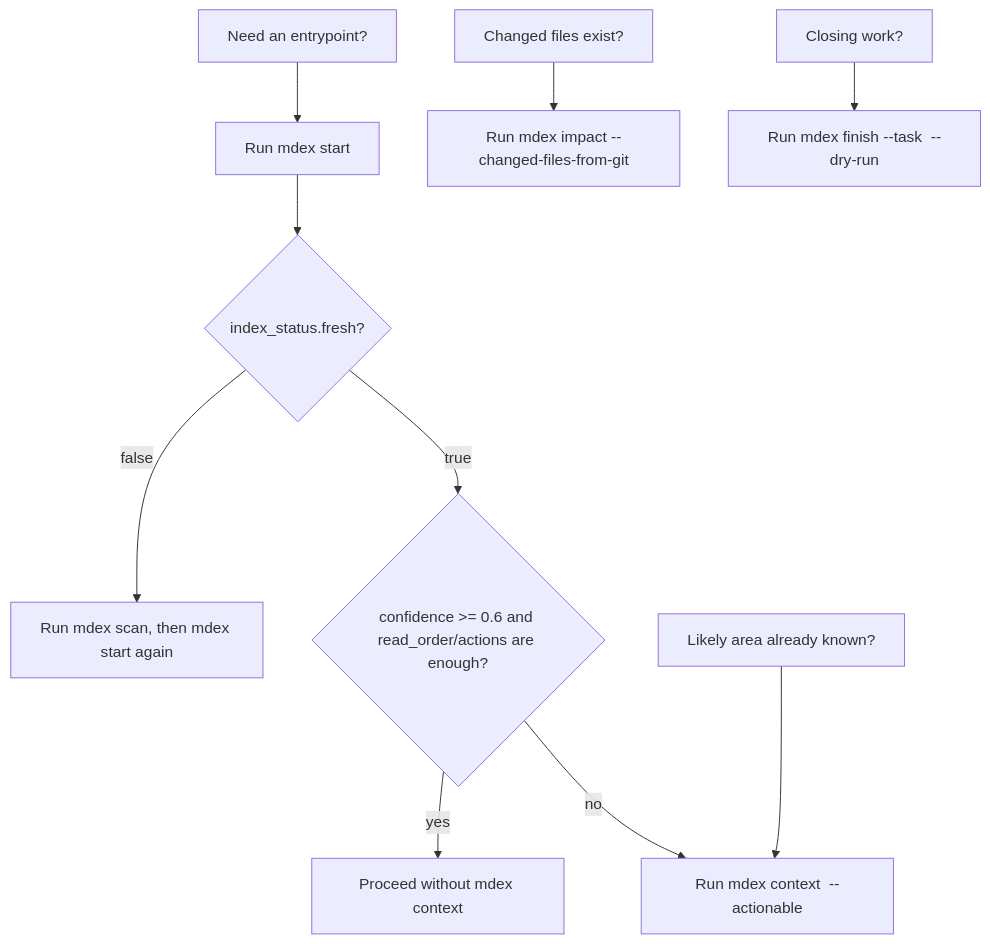
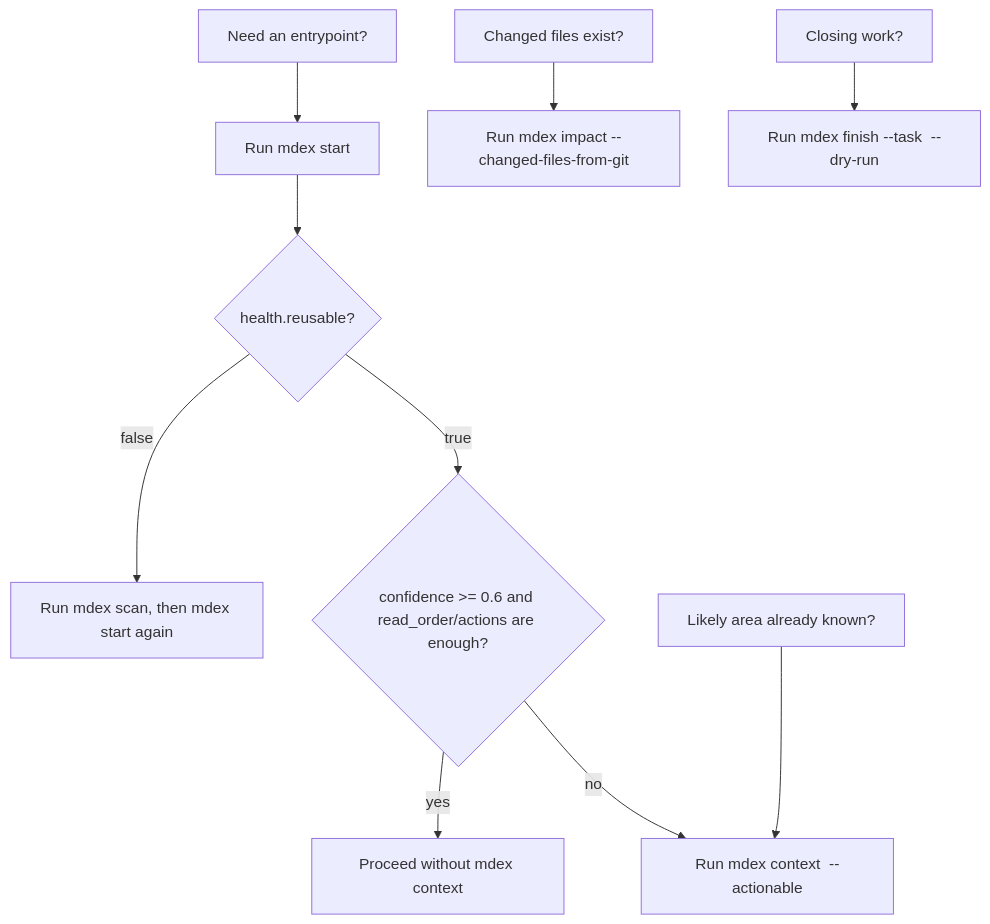
One commit to syaripin-i8i/mdex changed the diagram in AGENT.md. Above: the diagram before and after it, drawn with Mermaid. The commit also changed other lines of this file and 32 other files, not shown here.

Commit message:
Unify index health contract

````diff
--- a/AGENT.md
+++ b/AGENT.md
@@ -48,12 +48,12 @@
 ```mermaid
 flowchart TD
   A["Need an entrypoint?"] --> B["Run mdex start <task>"]
-  B --> C{"index_status.fresh?"}
+  B --> C{"health.reusable?"}
   C -- "false" --> D["Run mdex scan, then mdex start again"]
   C -- "true" --> E{"confidence >= 0.6 and read_order/actions are enough?"}
   E -- "yes" --> F["Proceed without mdex context"]
   E -- "no" --> G["Run mdex context <task> --actionable"]
   H["Likely area already known?"] --> G
   I["Changed files exist?"] --> J["Run mdex impact --changed-files-from-git"]
   K["Closing work?"] --> L["Run mdex finish --task <task> --dry-run"]
 ```
````
